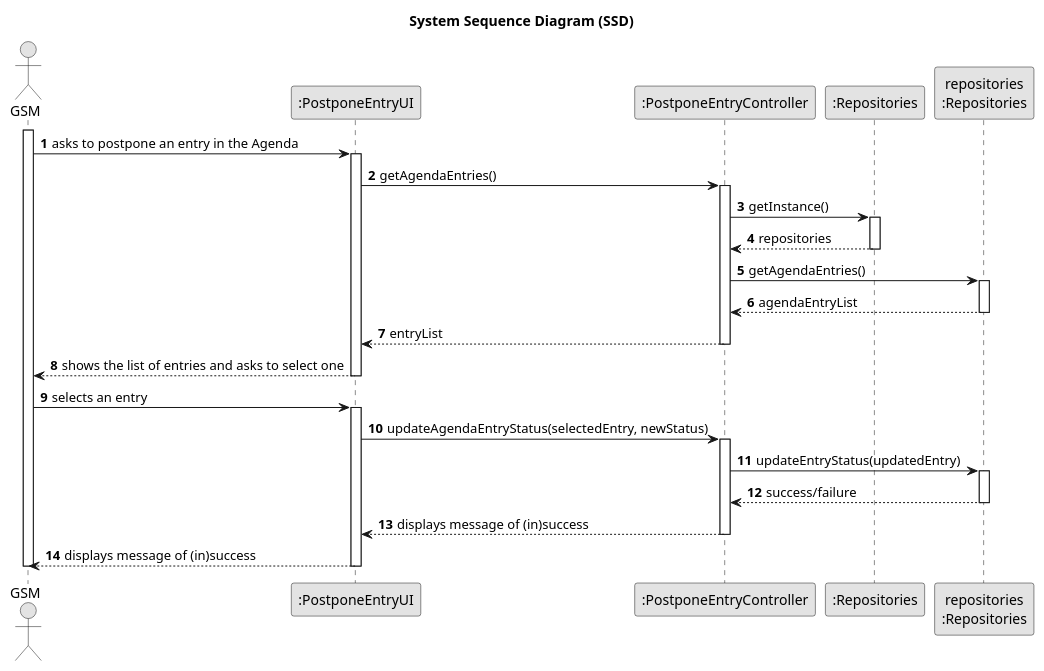
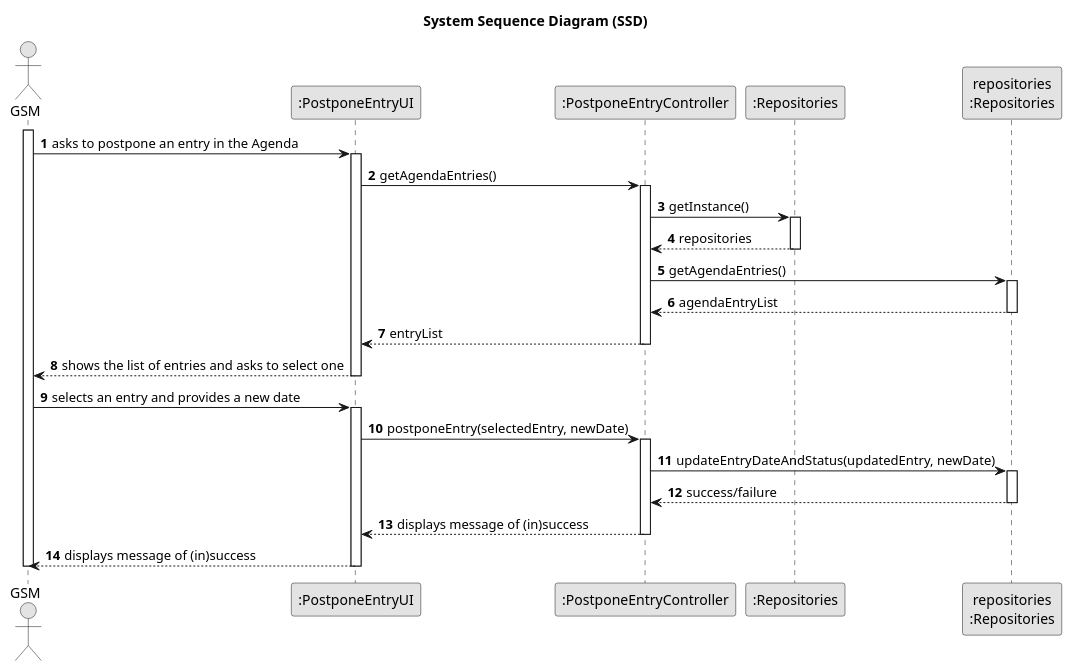
One commit to RicardoMorim/lapr2-ISEP-Project changed the diagram in docs/sprintC/us024/03.design/puml/us024-sequence-diagram.puml. Above: the diagram before and after it, drawn with PlantUML. The commit also changed 4 other files, not shown here.

Commit message:
corrected some aspects on diagrams of the us024

```diff
--- a/docs/sprintC/us024/03.design/puml/us024-sequence-diagram.puml
+++ b/docs/sprintC/us024/03.design/puml/us024-sequence-diagram.puml
@@ -1,63 +1,62 @@
 @startuml
 skinparam monochrome true
 skinparam packageStyle rectangle
 skinparam shadowing false
 
 title System Sequence Diagram (SSD)
 
 autonumber
 
 actor "GSM" as Employee
 participant ":PostponeEntryUI" as UI
 participant ":PostponeEntryController" as CTRL
 participant ":Repositories" as RepositorySingleton
 participant "repositories\n:Repositories" as AgendaRepo
 
 activate Employee
 
     Employee -> UI : asks to postpone an entry in the Agenda
     activate UI
 
         UI -> CTRL : getAgendaEntries()
         activate CTRL
 
             CTRL -> RepositorySingleton : getInstance()
             activate RepositorySingleton
 
                 RepositorySingleton --> CTRL: repositories
             deactivate RepositorySingleton
 
             CTRL -> AgendaRepo : getAgendaEntries()
             activate AgendaRepo
 
                 AgendaRepo --> CTRL : agendaEntryList
             deactivate AgendaRepo
 
             CTRL --> UI : entryList
         deactivate CTRL
 
         UI --> Employee : shows the list of entries and asks to select one
     deactivate UI
 
-    Employee -> UI : selects an entry
+    Employee -> UI : selects an entry and provides a new date
     activate UI
 
-        UI -> CTRL : updateAgendaEntryStatus(selectedEntry, newStatus)
+        UI -> CTRL : postponeEntry(selectedEntry, newDate)
         activate CTRL
 
-
-            CTRL -> AgendaRepo : updateEntryStatus(updatedEntry)
+            CTRL -> AgendaRepo : updateEntryDateAndStatus(updatedEntry, newDate)
             activate AgendaRepo
 
                 AgendaRepo --> CTRL : success/failure
             deactivate AgendaRepo
 
             CTRL --> UI : displays message of (in)success
         deactivate CTRL
 
         UI --> Employee : displays message of (in)success
     deactivate UI
 
 deactivate Employee
 
 @enduml
```
